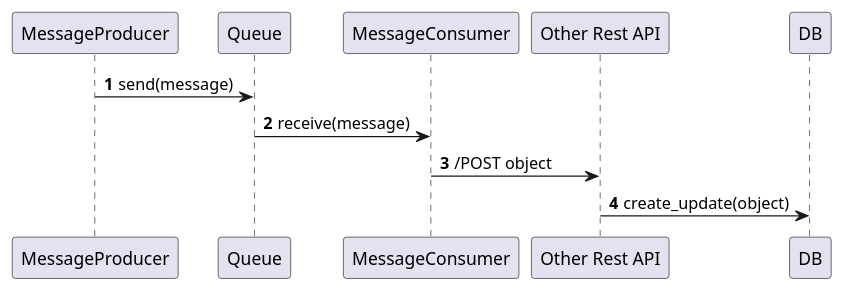
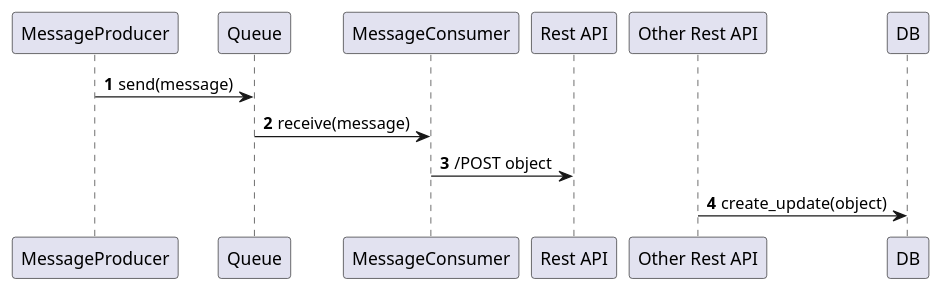
One commit to adetola-adewodu/architecture-decision-records changed the third of 5 diagrams in doc/adr/0002-using-publisher-subscriber-pattern.md. Above: the diagram before and after it, drawn with PlantUML. The commit also changed other lines of this file and 3 other files, not shown here.

Commit message:
Added new diagram

```diff
--- a/doc/adr/0002-using-publisher-subscriber-pattern.md
+++ b/doc/adr/0002-using-publisher-subscriber-pattern.md
@@ -55,9 +55,9 @@
     @startuml img/PublisherSubscriberDiagram
 
     autonumber
     MessageProducer -> Queue : send(message)
     Queue -> MessageConsumer : receive(message)
-    MessageConsumer -> "Other Rest API": /POST object
+    MessageConsumer -> "Rest API": /POST object
     "Other Rest API" -> DB: create_update(object)
 
     @enduml
```
